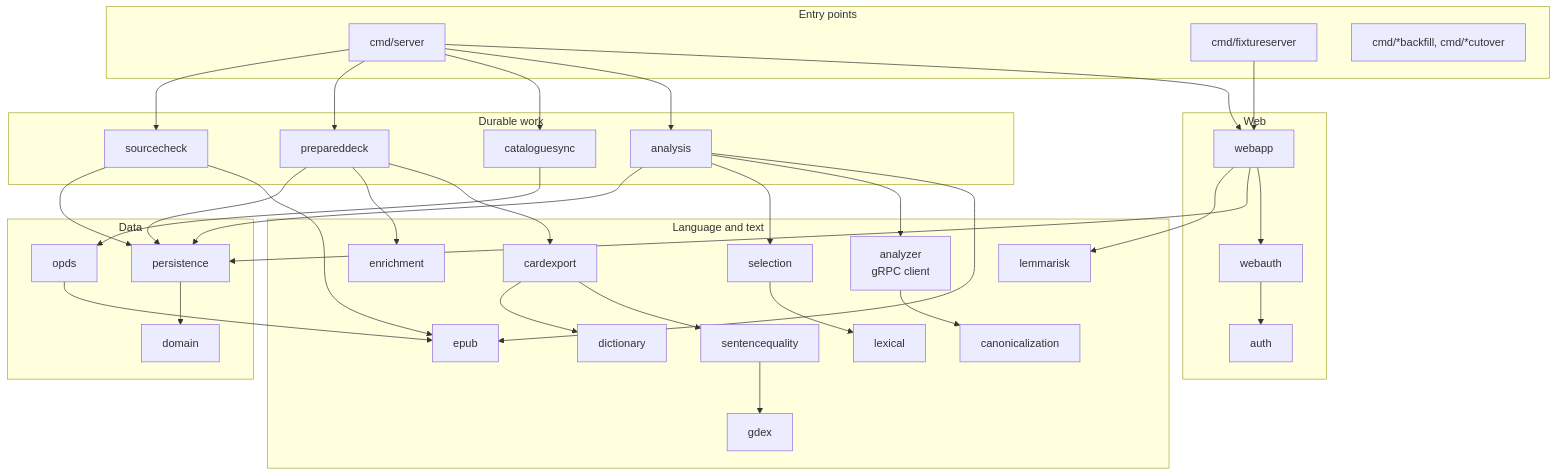
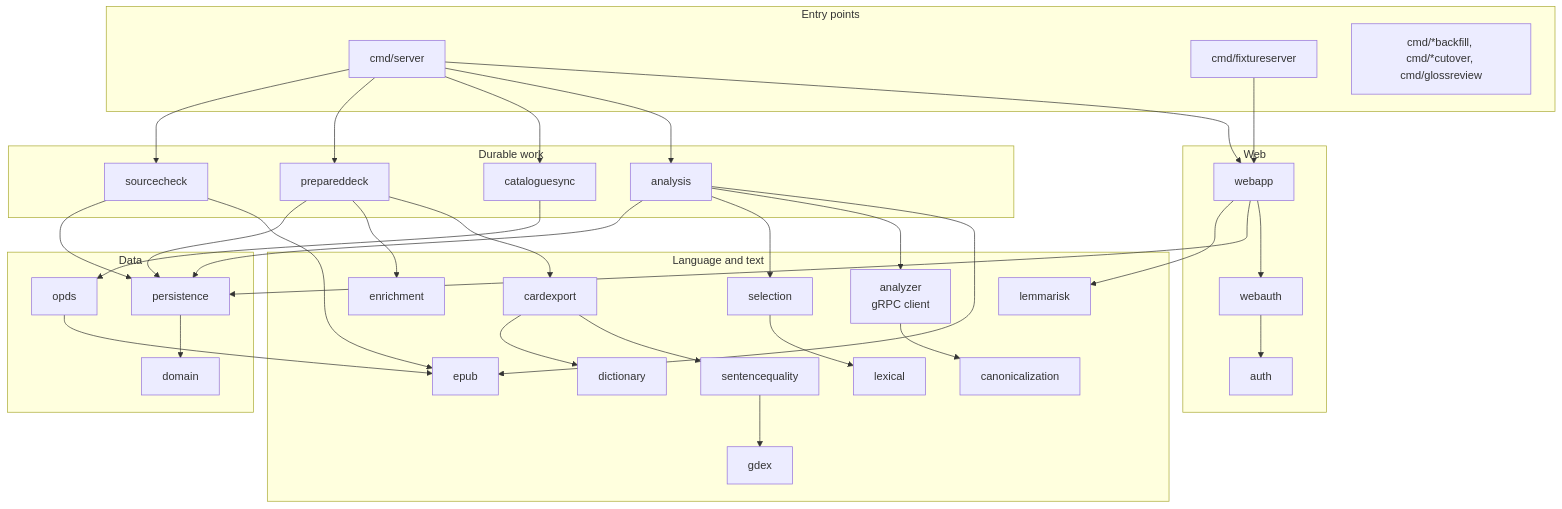
One commit to justin-hayes/mouseion changed the sixth of 6 diagrams in ARCHITECTURE.md. Above: the diagram before and after it, drawn with Mermaid. The commit also changed 8 other files, not shown here.

````diff
--- a/ARCHITECTURE.md
+++ b/ARCHITECTURE.md
@@ -259,50 +259,50 @@
 ```mermaid
 flowchart TB
     subgraph entry[Entry points]
         server[cmd/server]
         fixture[cmd/fixtureserver]
-        tools[cmd/*backfill, cmd/*cutover]
+        tools[cmd/*backfill, cmd/*cutover, cmd/glossreview]
     end
     subgraph web[Web]
         webapp[webapp]
         webauth[webauth]
         auth[auth]
     end
     subgraph jobs[Durable work]
         analysis[analysis]
         cataloguesync[cataloguesync]
         prepareddeck[prepareddeck]
         sourcecheck[sourcecheck]
     end
     subgraph lang[Language and text]
         epub[epub]
         analyzer[analyzer<br/>gRPC client]
         canonicalization[canonicalization]
         selection[selection]
         lexical[lexical]
         gdex[gdex]
         sentencequality[sentencequality]
         lemmarisk[lemmarisk]
         dictionary[dictionary]
         enrichment[enrichment]
         cardexport[cardexport]
     end
     subgraph data[Data]
         domain[domain]
         persistence[persistence]
         opds[opds]
     end
     server --> webapp & analysis & cataloguesync & prepareddeck & sourcecheck
     fixture --> webapp
     webapp --> webauth --> auth
     webapp --> persistence & lemmarisk
     analysis --> epub & analyzer & selection & persistence
     sourcecheck --> epub & persistence
     cataloguesync --> opds --> epub
     prepareddeck --> cardexport & enrichment & persistence
     cardexport --> sentencequality & dictionary
     sentencequality --> gdex
     selection --> lexical
     analyzer --> canonicalization
     persistence --> domain
 ```
````
